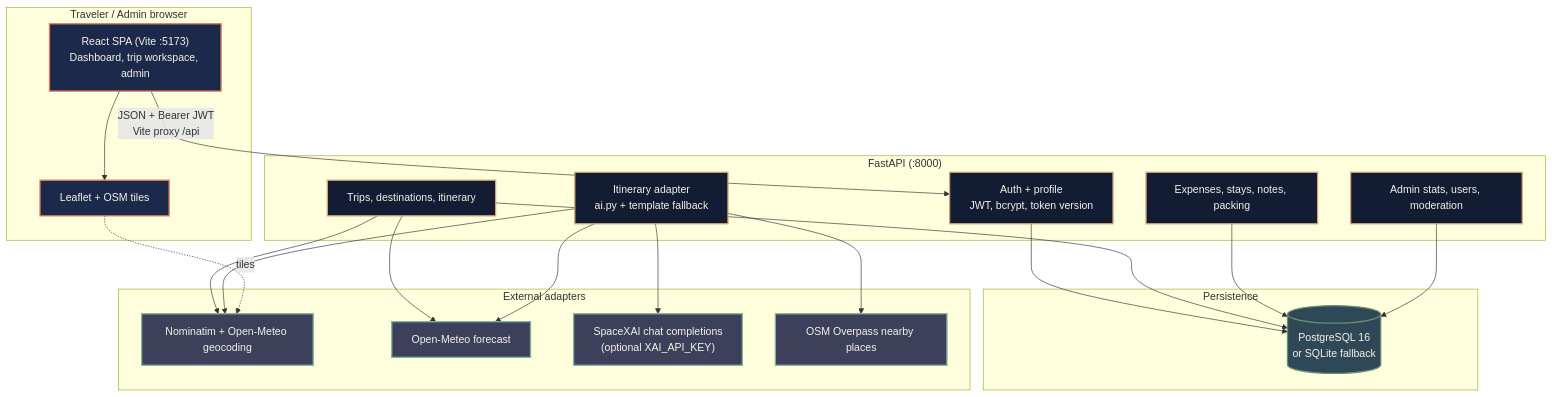
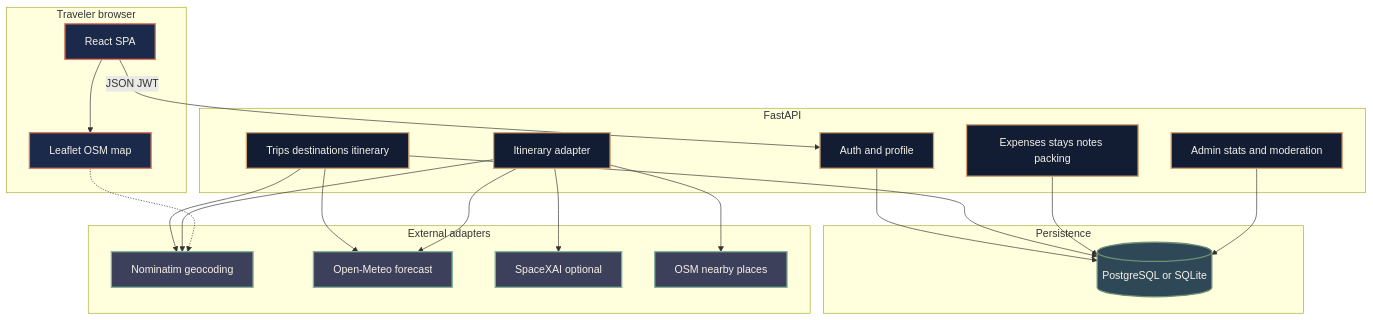
The first of 2 diagrams in README.md (sanjayraj-dev/TripWise), drawn with Mermaid before and after one commit. The commit also changed other lines of this file, not shown here.

Commit message:
Fix GitHub mermaid diagrams that failed to render in the README.

````diff
--- a/README.md
+++ b/README.md
@@ -111,49 +111,49 @@
 ```mermaid
 flowchart TB
     classDef client fill:#1B2A4A,stroke:#E07A5F,stroke-width:2px,color:#F6F1E8
     classDef api fill:#121C33,stroke:#D4A373,stroke-width:2px,color:#F6F1E8
     classDef data fill:#2F4858,stroke:#6B8F71,stroke-width:2px,color:#F6F1E8
     classDef ext fill:#3D405B,stroke:#81B29A,stroke-width:2px,color:#F6F1E8
 
-    subgraph Client [" Traveler / Admin browser "]
-        UI["React SPA (Vite :5173)\nDashboard, trip workspace, admin"]
-        Map["Leaflet + OSM tiles"]
+    subgraph Client[Traveler browser]
+        UI[React SPA]
+        Map[Leaflet OSM map]
     end
     class UI,Map client
 
-    subgraph Gateway [" FastAPI (:8000) "]
-        Auth["Auth + profile\nJWT, bcrypt, token version"]
-        Trips["Trips, destinations, itinerary"]
-        Money["Expenses, stays, notes, packing"]
-        AI["Itinerary adapter\nai.py + template fallback"]
-        Admin["Admin stats, users, moderation"]
+    subgraph Gateway[FastAPI]
+        Auth[Auth and profile]
+        Trips[Trips destinations itinerary]
+        Money[Expenses stays notes packing]
+        AI[Itinerary adapter]
+        Admin[Admin stats and moderation]
     end
     class Auth,Trips,Money,AI,Admin api
 
-    subgraph Store [" Persistence "]
-        PG[("PostgreSQL 16\nor SQLite fallback")]
+    subgraph Store[Persistence]
+        PG[(PostgreSQL or SQLite)]
     end
     class PG data
 
-    subgraph External [" External adapters "]
-        Geo["Nominatim + Open-Meteo geocoding"]
-        Wx["Open-Meteo forecast"]
-        LLM["SpaceXAI chat completions\n(optional XAI_API_KEY)"]
-        Overpass["OSM Overpass nearby places"]
+    subgraph External[External adapters]
+        Geo[Nominatim geocoding]
+        Wx[Open-Meteo forecast]
+        LLM[SpaceXAI optional]
+        Overpass[OSM nearby places]
     end
     class Geo,Wx,LLM,Overpass ext
 
-    UI -->|"JSON + Bearer JWT\nVite proxy /api"| Auth
+    UI -->|JSON JWT| Auth
     UI --> Map
     Auth --> PG
     Trips --> PG
     Money --> PG
     Admin --> PG
     Trips --> Geo
     Trips --> Wx
     AI --> LLM
     AI --> Geo
     AI --> Wx
     AI --> Overpass
-    Map -.->|"tiles"| Geo
+    Map -.-> Geo
 ```
````
